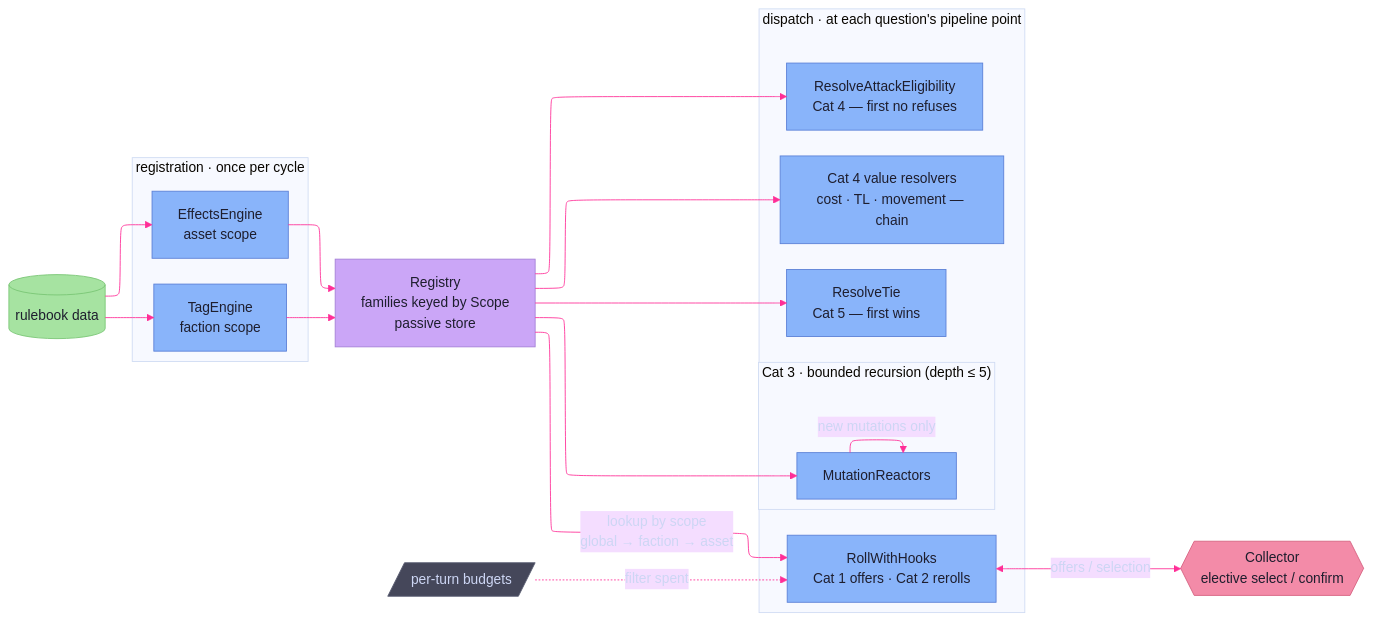
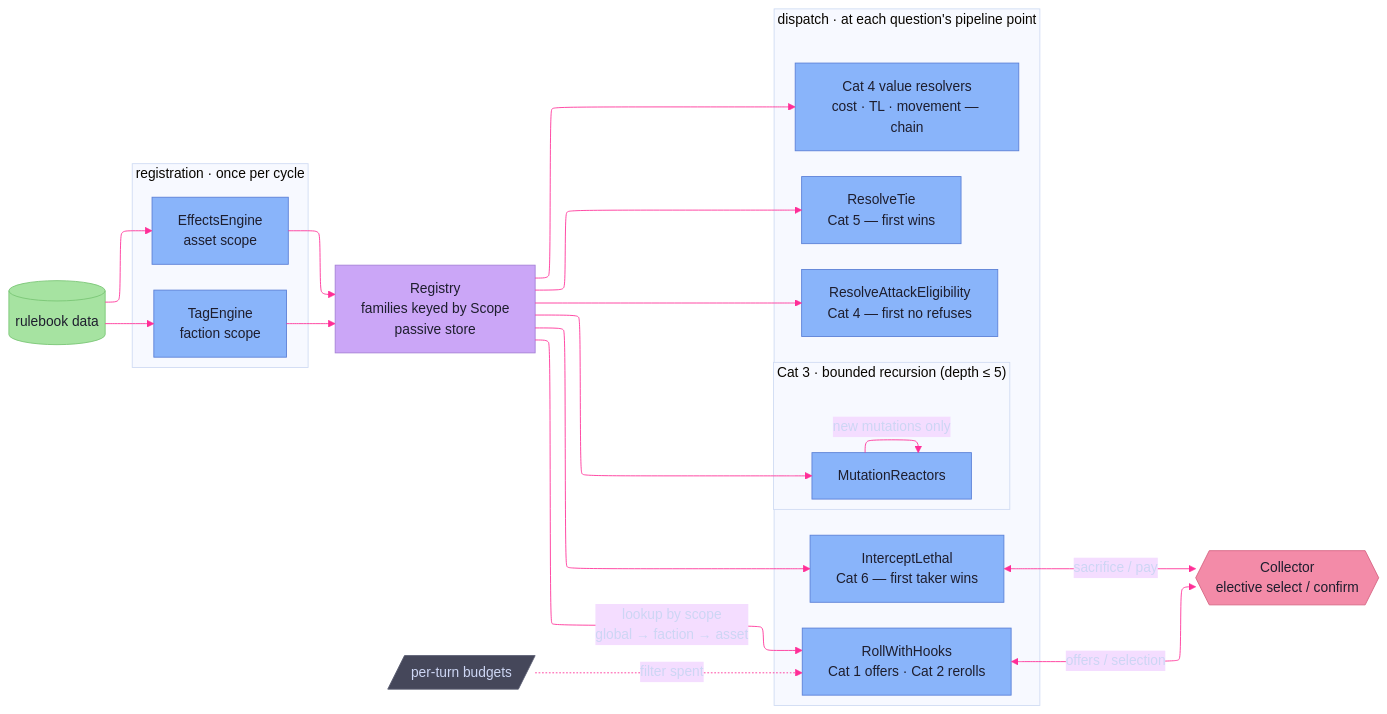
The diagram in docs/architecture/engine/hooks.md (therobertcrocker/gm-toolkit), drawn with Mermaid before and after one commit. The commit also changed other lines of this file and 82 other files, not shown here.

````diff
--- a/docs/architecture/engine/hooks.md
+++ b/docs/architecture/engine/hooks.md
@@ -203,54 +229,57 @@
 ```mermaid
 ---
 config:
   layout: elk
   elk:
     nodePlacementStrategy: NETWORK_SIMPLEX
   theme: base
   themeVariables:
     background: '#1e1e2e'
     primaryTextColor: '#cdd6f4'
     lineColor: '#ff2e97'
 ---
 flowchart LR
   Rulebook[("rulebook data")]:::artifact
   subgraph Reg["registration · once per cycle"]
     direction TB
     TagEngine["TagEngine<br>faction scope"]:::process
     EffectsEngine["EffectsEngine<br>asset scope"]:::process
   end
   Registry["Registry<br>families keyed by Scope<br>passive store"]:::core
   subgraph Dispatch["dispatch · at each question's pipeline point"]
     direction TB
     Roll["RollWithHooks<br>Cat 1 offers · Cat 2 rerolls"]:::process
     Tie["ResolveTie<br>Cat 5 — first wins"]:::process
     Cat4["Cat 4 value resolvers<br>cost · TL · movement — chain"]:::process
     Elig["ResolveAttackEligibility<br>Cat 4 — first no refuses"]:::process
+    Lethal["InterceptLethal<br>Cat 6 — first taker wins"]:::process
     subgraph Cat3["Cat 3 · bounded recursion (depth ≤ 5)"]
       React["MutationReactors"]:::process
       React -- "new mutations only" --> React
     end
   end
   Collector{{"Collector<br>elective select / confirm"}}:::seam
   Budgets[/"per-turn budgets"/]:::muted
 
   Rulebook --> TagEngine
   Rulebook --> EffectsEngine
   TagEngine --> Registry
   EffectsEngine --> Registry
 
   Registry -- "lookup by scope<br>global → faction → asset" --> Roll
   Registry --> Tie
   Registry --> Cat4
   Registry --> Elig
+  Registry --> Lethal
   Registry --> React
 
   Budgets -. "filter spent" .-> Roll
   Roll <-->|"offers / selection"| Collector
+  Lethal <-->|"sacrifice / pay"| Collector
 
   classDef artifact fill:#a6e3a1,stroke:#79c574,color:#1e1e2e
   classDef process  fill:#89b4fa,stroke:#5a7fd6,color:#1e1e2e
   classDef core     fill:#cba6f7,stroke:#a47fd6,color:#1e1e2e
   classDef seam     fill:#f38ba8,stroke:#d6607f,color:#1e1e2e
   classDef muted    fill:#45475a,stroke:#585b70,color:#cdd6f4
 ```
````
